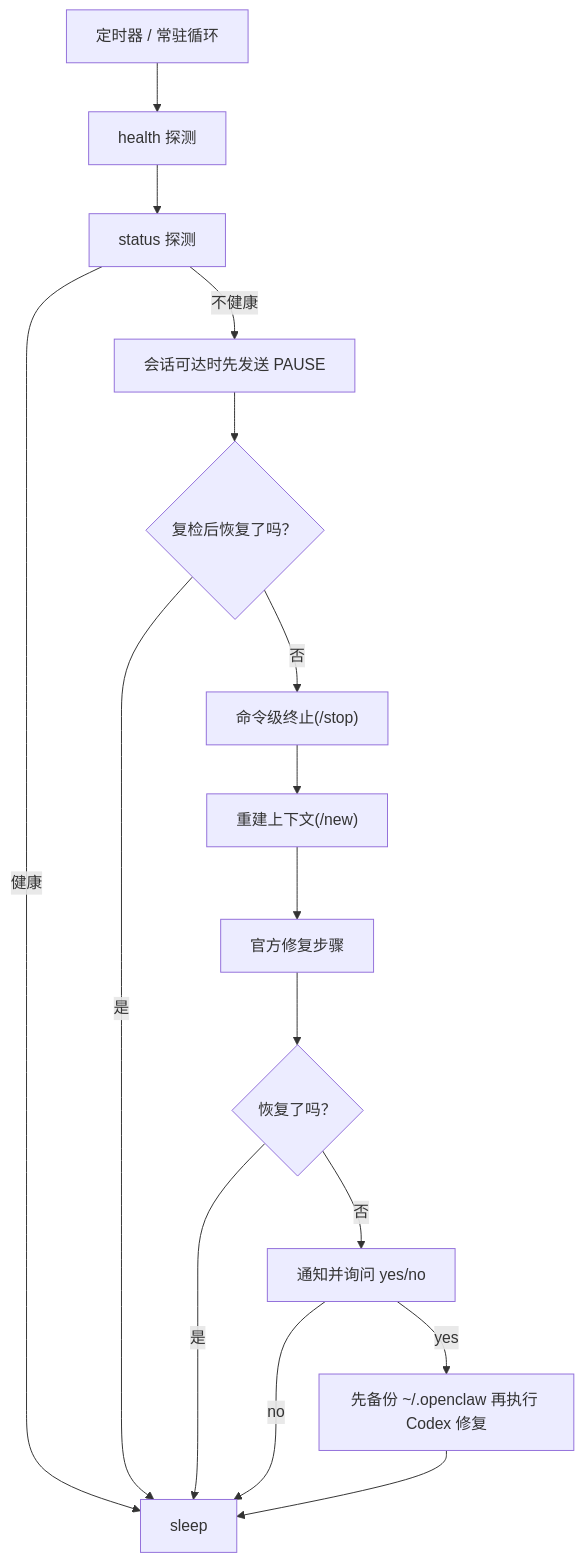
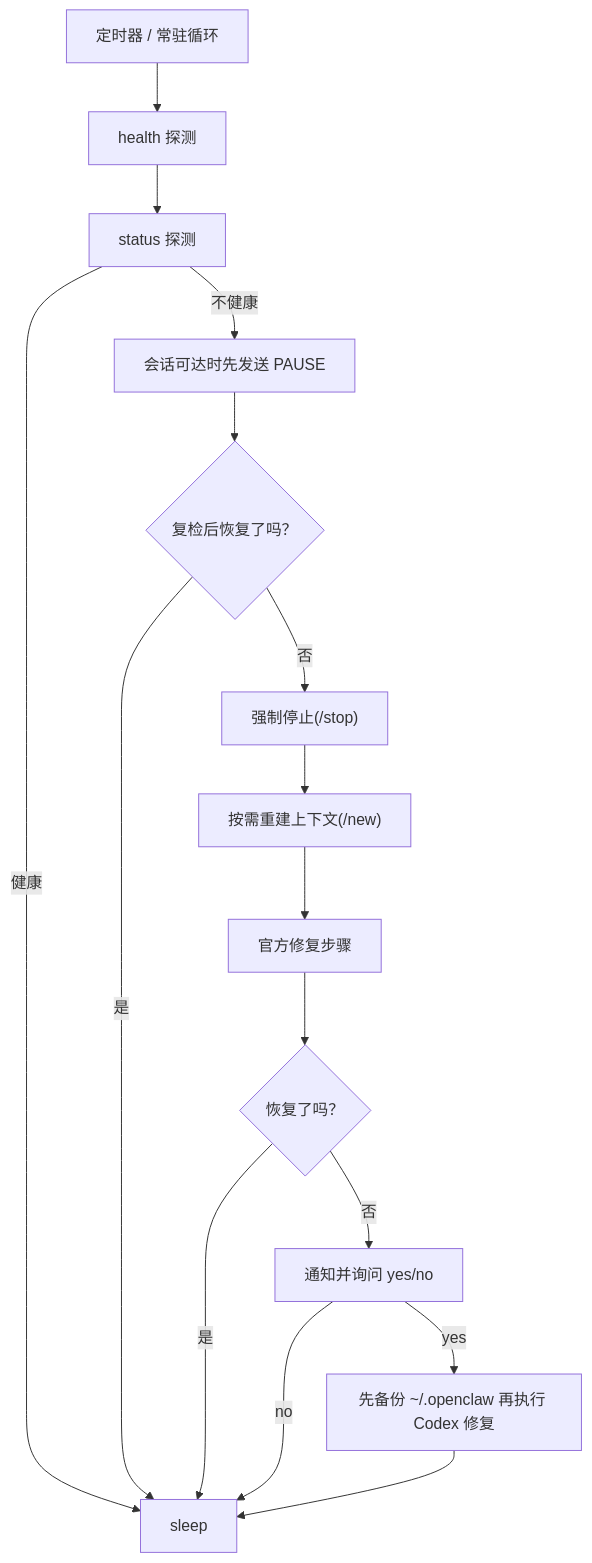
One commit to Citrus086/fix-my-claw changed the diagram in README_ZH.md. Above: the diagram before and after it, drawn with Mermaid. The commit also changed other lines of this file and 61 other files, not shown here.

````diff
--- a/README_ZH.md
+++ b/README_ZH.md
@@ -82,18 +83,18 @@
 ```mermaid
 flowchart TD
   A["定时器 / 常驻循环"] --> B["health 探测"]
   B --> C["status 探测"]
   C -->|健康| D["sleep"]
   C -->|不健康| E["会话可达时先发送 PAUSE"]
   E --> F{"复检后恢复了吗？"}
   F -->|是| D
-  F -->|否| G["命令级终止(/stop)"]
-  G --> H["重建上下文(/new)"]
+  F -->|否| G["强制停止(/stop)"]
+  G --> H["按需重建上下文(/new)"]
   H --> I["官方修复步骤"]
   I --> J{"恢复了吗？"}
   J -->|是| D
   J -->|否| K["通知并询问 yes/no"]
   K -->|yes| L["先备份 ~/.openclaw 再执行 Codex 修复"]
   K -->|no| D
   L --> D
 ```
````
